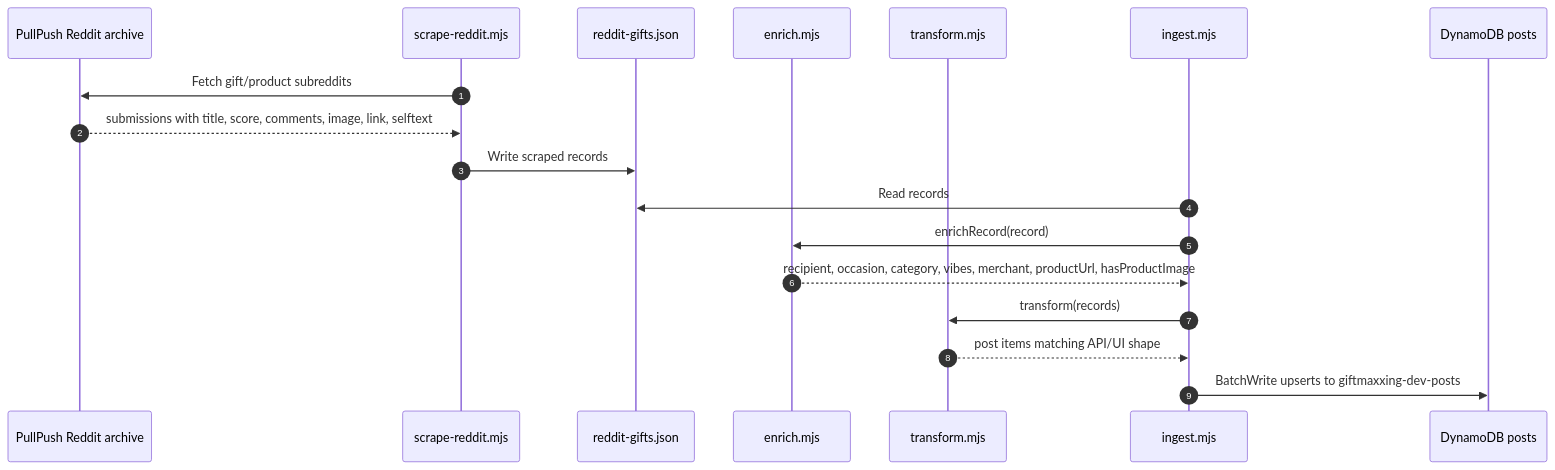
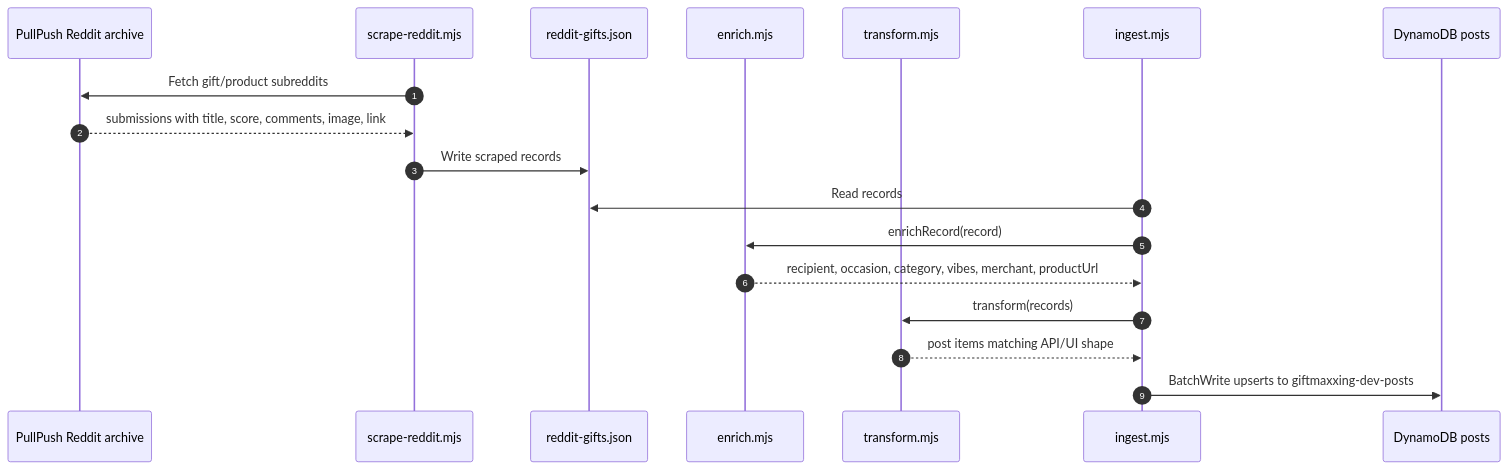
One commit to Tar-ive/giftmaxxing changed the fourth of 5 diagrams in docs/architecture.md. Above: the diagram before and after it, drawn with Mermaid. The commit also changed other lines of this file and 2 other files, not shown here.

First line of the commit message:
docs(submission): complete hackathon checklist, update architecture, add diagram PNG

````diff
--- a/docs/architecture.md
+++ b/docs/architecture.md
@@ -133,21 +101,21 @@
 ```mermaid
 sequenceDiagram
   autonumber
   participant R as PullPush Reddit archive
   participant S as scrape-reddit.mjs
   participant J as reddit-gifts.json
   participant E as enrich.mjs
   participant T as transform.mjs
   participant G as ingest.mjs
   participant D as DynamoDB posts
 
   S->>R: Fetch gift/product subreddits
-  R-->>S: submissions with title, score, comments, image, link, selftext
+  R-->>S: submissions with title, score, comments, image, link
   S->>J: Write scraped records
   G->>J: Read records
   G->>E: enrichRecord(record)
-  E-->>G: recipient, occasion, category, vibes, merchant, productUrl, hasProductImage
+  E-->>G: recipient, occasion, category, vibes, merchant, productUrl
   G->>T: transform(records)
   T-->>G: post items matching API/UI shape
   G->>D: BatchWrite upserts to giftmaxxing-dev-posts
 ```
````
